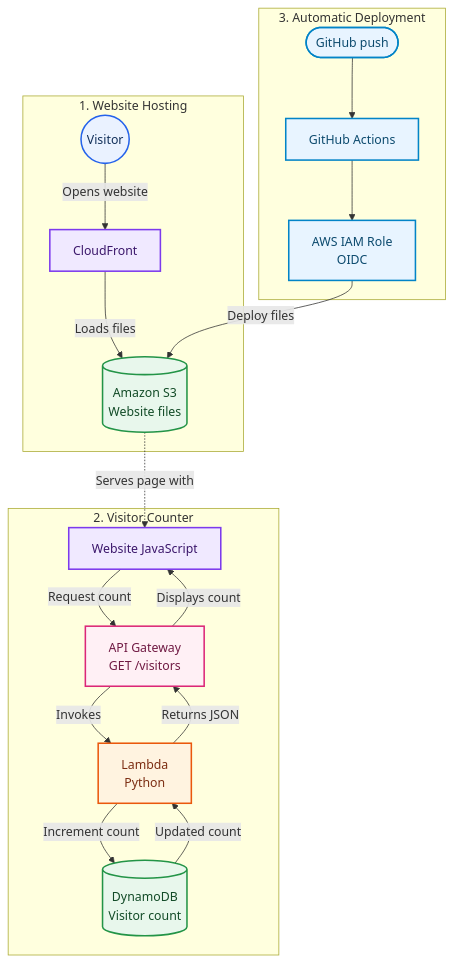
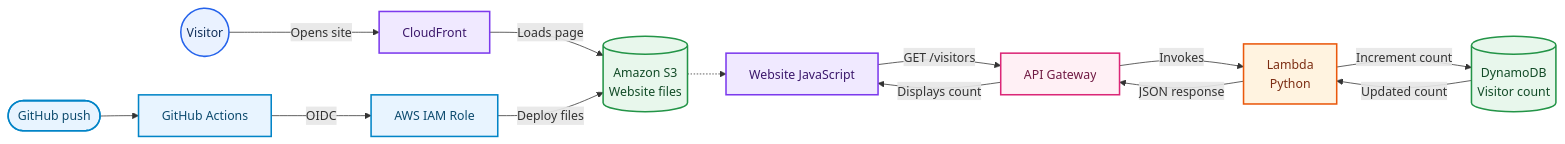
One commit to nikhilmastud/CloudNova-Serverless-Resume changed the diagram in docs/architecture.md. Above: the diagram before and after it, drawn with Mermaid. The commit also changed other lines of this file, not shown here.

Commit message:
Arrange architecture flow horizontally in one row

````diff
--- a/docs/architecture.md
+++ b/docs/architecture.md
@@ -5,49 +3,31 @@
 ```mermaid
-flowchart TB
-    V((Visitor))
+flowchart LR
+    V((Visitor)) -->|Opens site| CF[CloudFront]
+    CF -->|Loads page| S3[(Amazon S3<br/>Website files)]
 
-    subgraph HOST["1. Website Hosting"]
-      CF[CloudFront]
-      S3[(Amazon S3<br/>Website files)]
-      V -->|Opens website| CF
-      CF -->|Loads files| S3
-    end
+    S3 -.-> JS[Website JavaScript]
+    JS -->|GET /visitors| API[API Gateway]
+    API -->|Invokes| L[Lambda<br/>Python]
+    L -->|Increment count| DB[(DynamoDB<br/>Visitor count)]
+    DB -->|Updated count| L
+    L -->|JSON response| API
+    API -->|Displays count| JS
 
-    subgraph COUNT["2. Visitor Counter"]
-      JS[Website JavaScript]
-      API[API Gateway<br/>GET /visitors]
-      L[Lambda<br/>Python]
-      DB[(DynamoDB<br/>Visitor count)]
-
-      JS -->|Request count| API
-      API -->|Invokes| L
-      L -->|Increment count| DB
-      DB -->|Updated count| L
-      L -->|Returns JSON| API
-      API -->|Displays count| JS
-    end
-
-    S3 -.->|Serves page with| JS
-
-    subgraph DEPLOY["3. Automatic Deployment"]
-      GH([GitHub push])
-      GA[GitHub Actions]
-      IAM[AWS IAM Role<br/>OIDC]
-      GH --> GA --> IAM
-      IAM -->|Deploy files| S3
-    end
+    GH([GitHub push]) --> GA[GitHub Actions]
+    GA -->|OIDC| IAM[AWS IAM Role]
+    IAM -->|Deploy files| S3
 
     classDef user fill:#EAF2FF,stroke:#2563EB,color:#12305A,stroke-width:2px;
     classDef web fill:#F0E9FF,stroke:#7C3AED,color:#3B176B,stroke-width:2px;
     classDef store fill:#E8F7EC,stroke:#239447,color:#124B27,stroke-width:2px;
     classDef api fill:#FFF0F5,stroke:#DB2777,color:#701A43,stroke-width:2px;
     classDef compute fill:#FFF3E0,stroke:#EA580C,color:#7C2D12,stroke-width:2px;
     classDef deploy fill:#E8F4FF,stroke:#0284C7,color:#0C4A6E,stroke-width:2px;
 
     class V user;
     class CF,JS web;
     class S3,DB store;
     class API api;
     class L compute;
     class GH,GA,IAM deploy;
 ```
````
